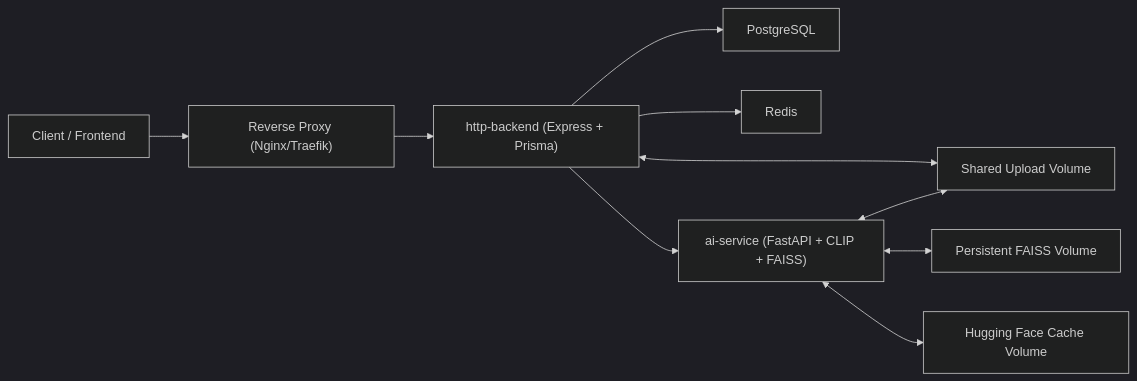
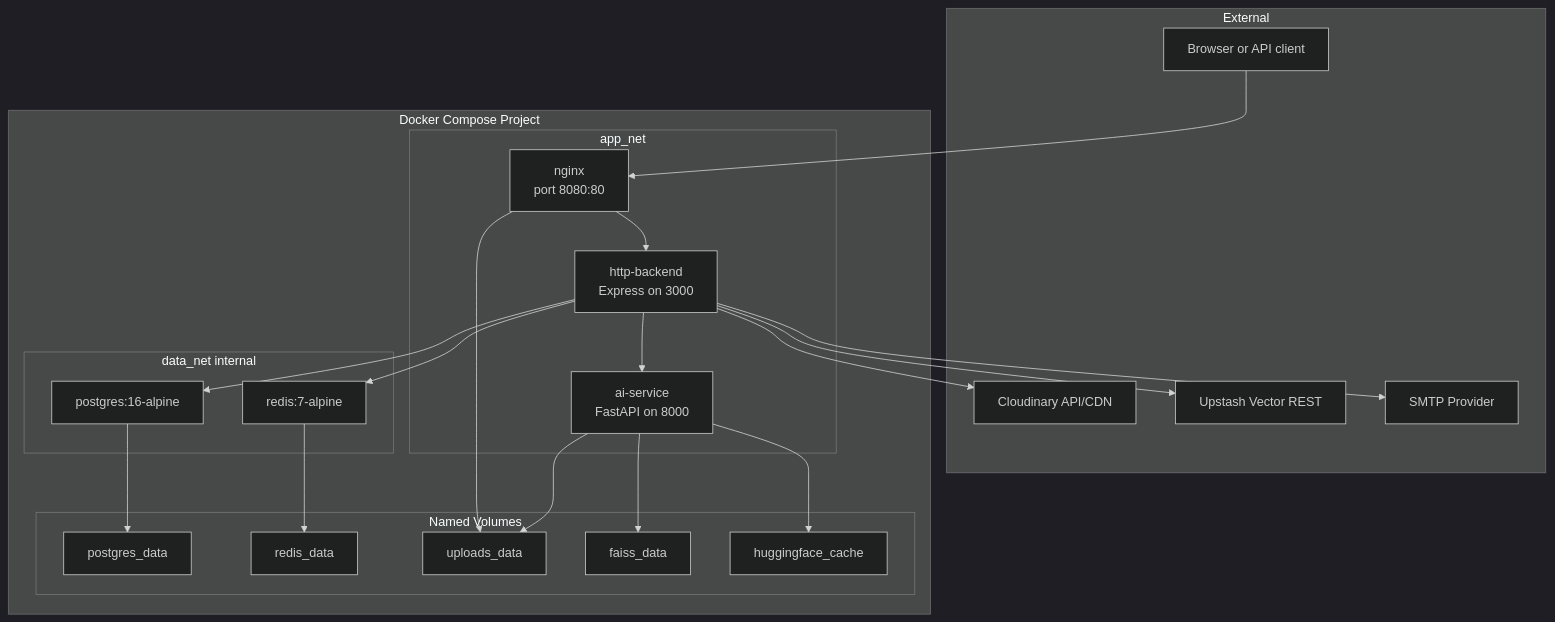
The ninth of 9 diagrams in README.md (Tushar-Khandelwal-2004/Secure-Pixel), drawn with Mermaid (dark theme) before and after one commit. The commit also changed other lines of this file, not shown here.

````diff
--- a/README.md
+++ b/README.md
@@ -27,12 +610,45 @@
 ```mermaid
-flowchart LR
-    Client["Client / Frontend"] --> Proxy["Reverse Proxy (Nginx/Traefik)"]
-    Proxy --> API["http-backend (Express + Prisma)"]
-    API --> DB["PostgreSQL"]
-    API --> Redis["Redis"]
-    API --> AI["ai-service (FastAPI + CLIP + FAISS)"]
-    API <--> Uploads["Shared Upload Volume"]
-    AI <--> Uploads
-    AI <--> Faiss["Persistent FAISS Volume"]
-    AI <--> HF["Hugging Face Cache Volume"]
+flowchart TB
+  subgraph External["External"]
+    Browser["Browser or API client"]
+    CloudinaryAPI["Cloudinary API/CDN"]
+    UpstashAPI["Upstash Vector REST"]
+    SMTPAPI["SMTP Provider"]
+  end
+
+  subgraph Compose["Docker Compose Project"]
+    subgraph AppNet["app_net"]
+      Nginx["nginx<br/>port 8080:80"]
+      HTTP["http-backend<br/>Express on 3000"]
+      AI["ai-service<br/>FastAPI on 8000"]
+    end
+
+    subgraph DataNet["data_net internal"]
+      Postgres["postgres:16-alpine"]
+      Redis["redis:7-alpine"]
+    end
+
+    subgraph Volumes["Named Volumes"]
+      PGVol["postgres_data"]
+      RedisVol["redis_data"]
+      UploadVol["uploads_data"]
+      FaissVol["faiss_data"]
+      HFVol["huggingface_cache"]
+    end
+  end
+
+  Browser --> Nginx
+  Nginx --> HTTP
+  Nginx --> UploadVol
+  HTTP --> AI
+  HTTP --> Postgres
+  HTTP --> Redis
+  HTTP --> CloudinaryAPI
+  HTTP --> UpstashAPI
+  HTTP --> SMTPAPI
+  Postgres --> PGVol
+  Redis --> RedisVol
+  AI --> FaissVol
+  AI --> HFVol
+  AI --> UploadVol
 ```
````
